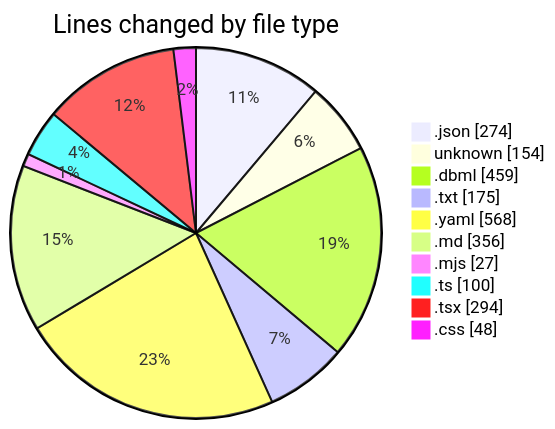
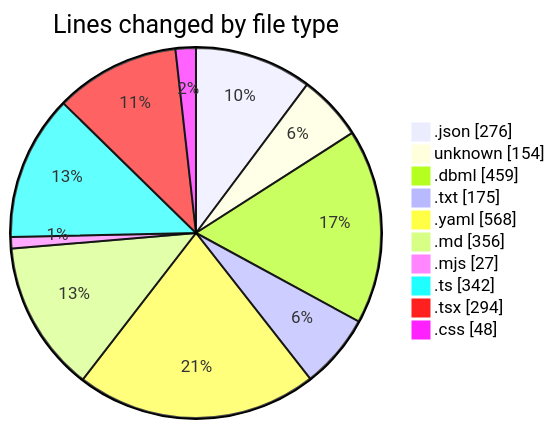
One commit to mevix1/code-tracking changed the first of 2 diagrams in 2025-10-02/oura-api/README.md. Above: the diagram before and after it, drawn with Mermaid. The commit also changed other lines of this file and 1 other file, not shown here.

````diff
--- a/2025-10-02/oura-api/README.md
+++ b/2025-10-02/oura-api/README.md
@@ -50,14 +51,14 @@
 ```mermaid
 pie showData
 title Lines changed by file type
-".json" : 274
+".json" : 276
 "unknown" : 154
 ".dbml" : 459
 ".txt" : 175
 ".yaml" : 568
 ".md" : 356
 ".mjs" : 27
-".ts" : 100
+".ts" : 342
 ".tsx" : 294
 ".css" : 48
 ```
````
